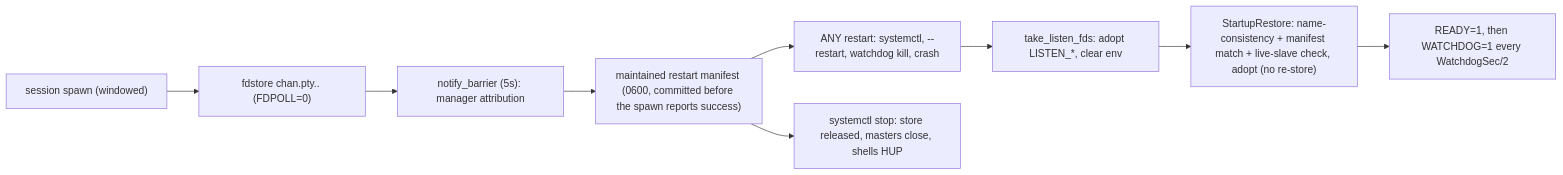
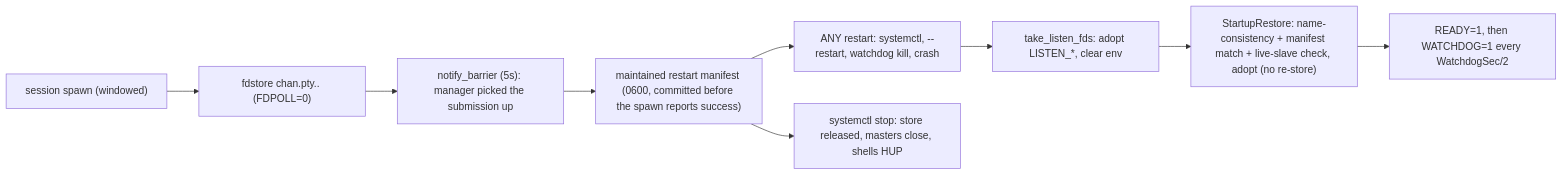
The diagram in crates/chan-systemd/design.md (fiorix/chan), drawn with Mermaid before and after one commit. The commit also changed other lines of this file and 2 other files, not shown here.

Commit message:
fix(server): restore all guarded env vars; exact barrier claims
The boot-test env guard saved only CHAN_HOME while also clearing
NOTIFY_SOCKET and FDSTORE; it now records and restores the prior
value or absence of all three, so the process env leaves the tests
exactly as it entered them.

The barrier documentation, park-path comment, and warn line claimed
the barrier excludes dropped or rejected submissions; sd_notify's
barrier proves pickup and orders manager attribution, nothing
semantic, and the over-cap rejection guard is the cap precheck. The
text now states the implemented order plainly: cap check, FDSTORE,
barrier, durable manifest commit. The chan-systemd design doc says
the same.

````diff
--- a/crates/chan-systemd/design.md
+++ b/crates/chan-systemd/design.md
@@ -16,11 +16,11 @@
 ```mermaid
 flowchart LR
   Spawn["session spawn (windowed)"] --> Up["fdstore chan.pty.<session>.<pid> (FDPOLL=0)"]
-  Up --> Bar["notify_barrier (5s): manager attribution"]
+  Up --> Bar["notify_barrier (5s): manager picked the submission up"]
   Bar --> Man["maintained restart manifest (0600, committed before the spawn reports success)"]
   Man --> AnyRestart["ANY restart: systemctl, --restart, watchdog kill, crash"]
   AnyRestart --> Take["take_listen_fds: adopt LISTEN_*, clear env"]
   Take --> Restore["StartupRestore: name-consistency + manifest match + live-slave check, adopt (no re-store)"]
   Restore --> Serve["READY=1, then WATCHDOG=1 every WatchdogSec/2"]
   Man --> Stop["systemctl stop: store released, masters close, shells HUP"]
 ```
````
